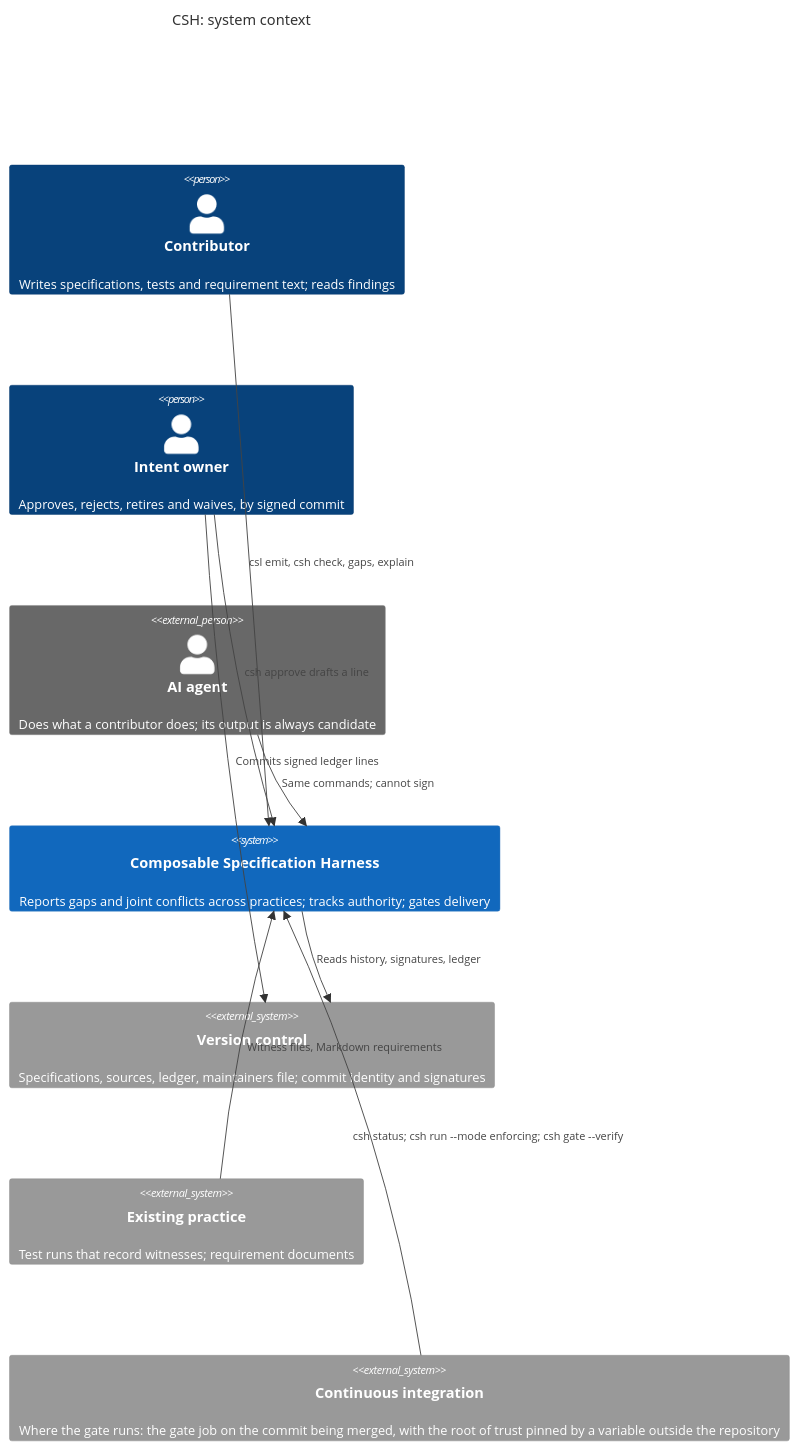
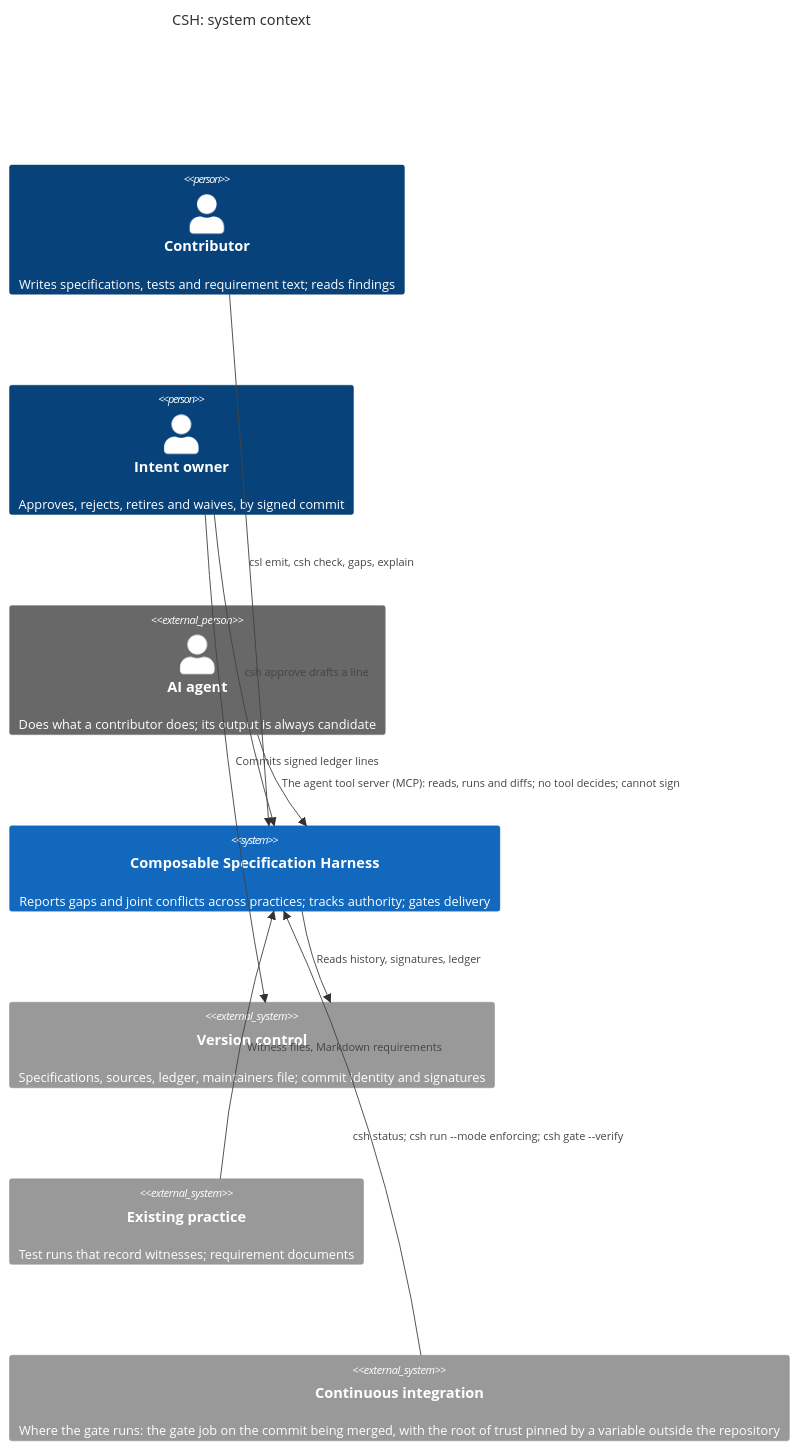
The diagram in docs/architecture/context.mmd (lgriffin/CSH), drawn with Mermaid before and after one commit. The commit also changed 61 other files, not shown here.

First line of the commit message:
Stage 20: agent interface, csh queue and authoredBy

```diff
--- a/docs/architecture/context.mmd
+++ b/docs/architecture/context.mmd
@@ -1,17 +1,17 @@
 %% C4 level 1: system context (Architecture tab, section 1).
 C4Context
   title CSH: system context
   Person(contributor, "Contributor", "Writes specifications, tests and requirement text; reads findings")
   Person(owner, "Intent owner", "Approves, rejects, retires and waives, by signed commit")
   Person_Ext(agent, "AI agent", "Does what a contributor does; its output is always candidate")
   System(csh, "Composable Specification Harness", "Reports gaps and joint conflicts across practices; tracks authority; gates delivery")
   System_Ext(vcs, "Version control", "Specifications, sources, ledger, maintainers file; commit identity and signatures")
   System_Ext(practice, "Existing practice", "Test runs that record witnesses; requirement documents")
   System_Ext(ci, "Continuous integration", "Where the gate runs: the gate job on the commit being merged, with the root of trust pinned by a variable outside the repository")
   Rel(contributor, csh, "csl emit, csh check, gaps, explain")
-  Rel(agent, csh, "Same commands; cannot sign")
+  Rel(agent, csh, "The agent tool server (MCP): reads, runs and diffs; no tool decides; cannot sign")
   Rel(owner, vcs, "Commits signed ledger lines")
   Rel(owner, csh, "csh approve drafts a line")
   Rel(csh, vcs, "Reads history, signatures, ledger")
   Rel(practice, csh, "Witness files, Markdown requirements")
   Rel(ci, csh, "csh status; csh run --mode enforcing; csh gate --verify")
```
